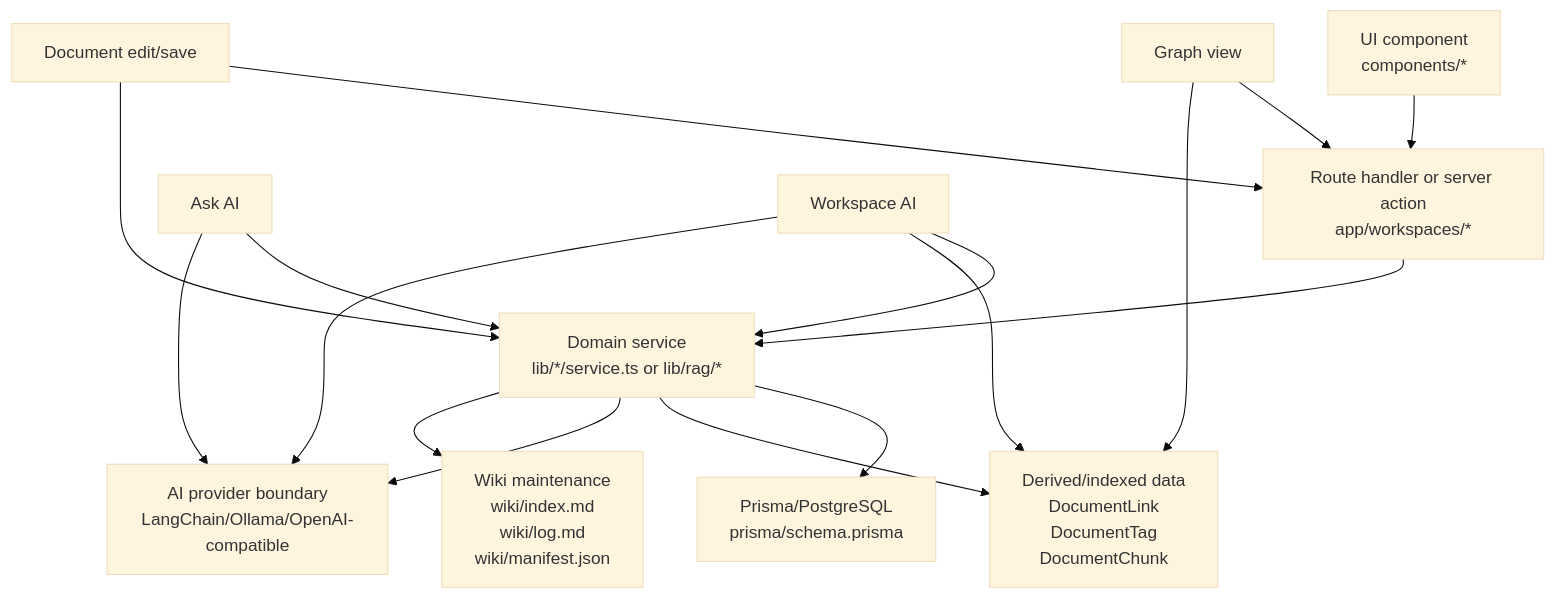
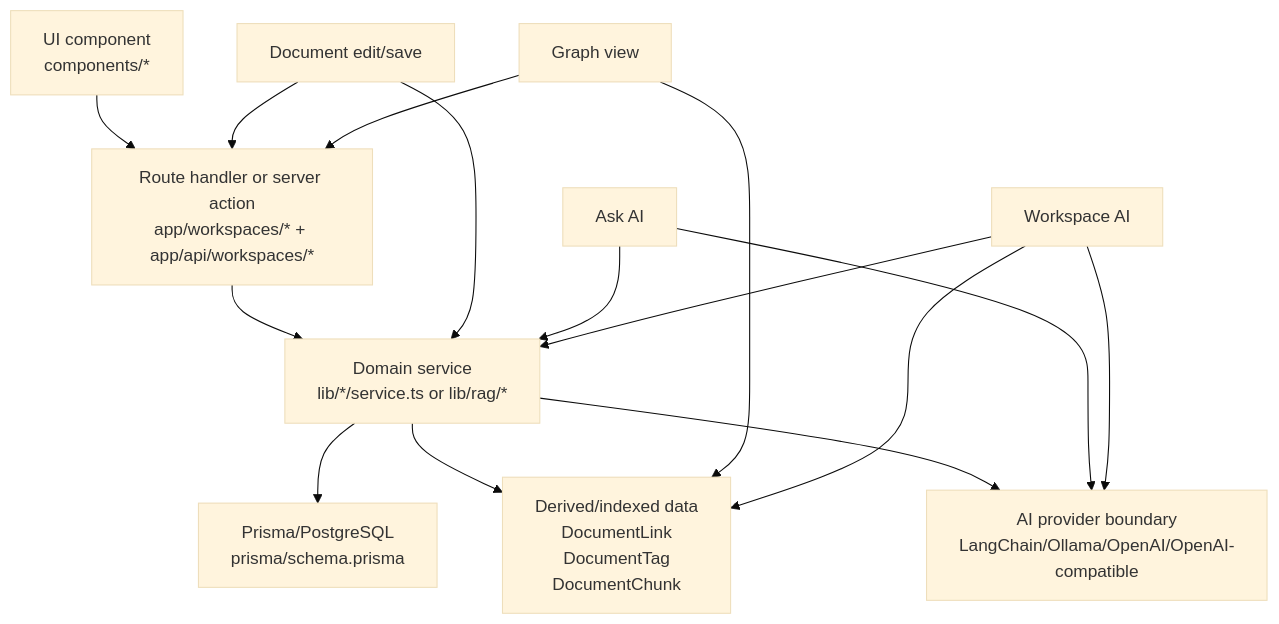
One commit to dschoi30/munjib changed the second of 2 diagrams in wiki/Project Structure Onboarding.md. Above: the diagram before and after it, drawn with Mermaid (base theme). The commit also changed other lines of this file, not shown here.

Commit message:
docs: clarify onboarding runtime flow

````diff
--- a/wiki/Project Structure Onboarding.md
+++ b/wiki/Project Structure Onboarding.md
@@ -80,27 +80,25 @@
 ```mermaid
 flowchart TD
   UI["UI component\ncomponents/*"]
-  Route["Route handler or server action\napp/workspaces/*"]
+  Route["Route handler or server action\napp/workspaces/* + app/api/workspaces/*"]
   Service["Domain service\nlib/*/service.ts or lib/rag/*"]
   DB["Prisma/PostgreSQL\nprisma/schema.prisma"]
   Derived["Derived/indexed data\nDocumentLink\nDocumentTag\nDocumentChunk"]
-  AI["AI provider boundary\nLangChain/Ollama/OpenAI-compatible"]
-  Wiki["Wiki maintenance\nwiki/index.md\nwiki/log.md\nwiki/manifest.json"]
+  AI["AI provider boundary\nLangChain/Ollama/OpenAI/OpenAI-compatible"]
 
   UI --> Route
   Route --> Service
   Service --> DB
   Service --> Derived
   Service --> AI
-  Service --> Wiki
 
   Doc["Document edit/save"] --> Route
   Doc --> Service
   Graph["Graph view"] --> Route
   Graph --> Derived
   Ask["Ask AI"] --> Service
   Ask --> AI
   Chat["Workspace AI"] --> Service
   Chat --> Derived
   Chat --> AI
 ```
````
